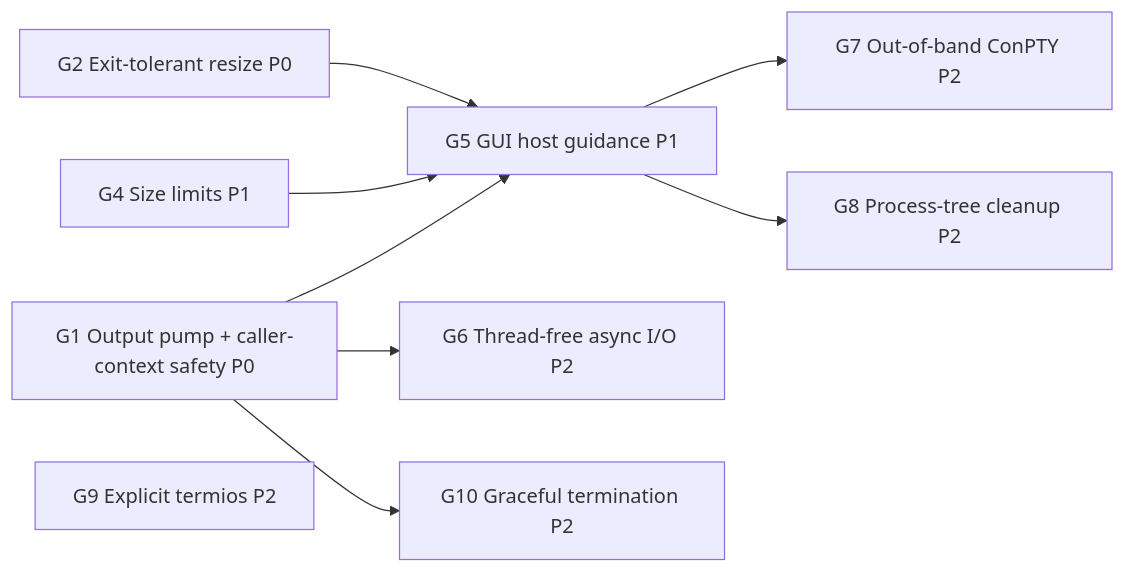
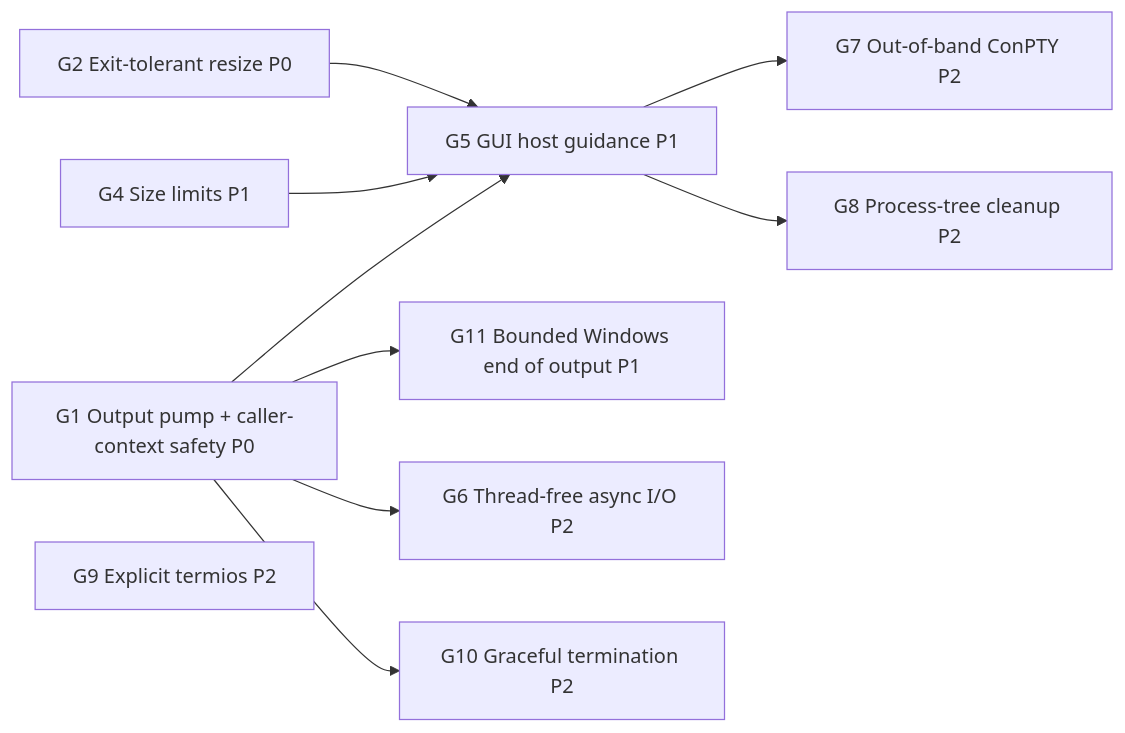
The diagram in .github/docs/plans/plan_gui_host_readiness.md (guitarrapc/MiniPty), drawn with Mermaid before and after one commit. The commit also changed other lines of this file and 27 other files, not shown here.

````diff
--- a/.github/docs/plans/plan_gui_host_readiness.md
+++ b/.github/docs/plans/plan_gui_host_readiness.md
@@ -570,20 +815,22 @@
 ```mermaid
 flowchart LR
     G1[G1 Output pump + caller-context safety P0]
     G2[G2 Exit-tolerant resize P0]
     G4[G4 Size limits P1]
     G5[G5 GUI host guidance P1]
     G6[G6 Thread-free async I/O P2]
     G9[G9 Explicit termios P2]
     G10[G10 Graceful termination P2]
     G7[G7 Out-of-band ConPTY P2]
     G8[G8 Process-tree cleanup P2]
+    G11[G11 Bounded Windows end of output P1]
 
     G1 --> G5
     G2 --> G5
     G4 --> G5
+    G1 --> G11
     G1 --> G6
     G1 --> G10
     G5 --> G7
     G5 --> G8
 ```
````
